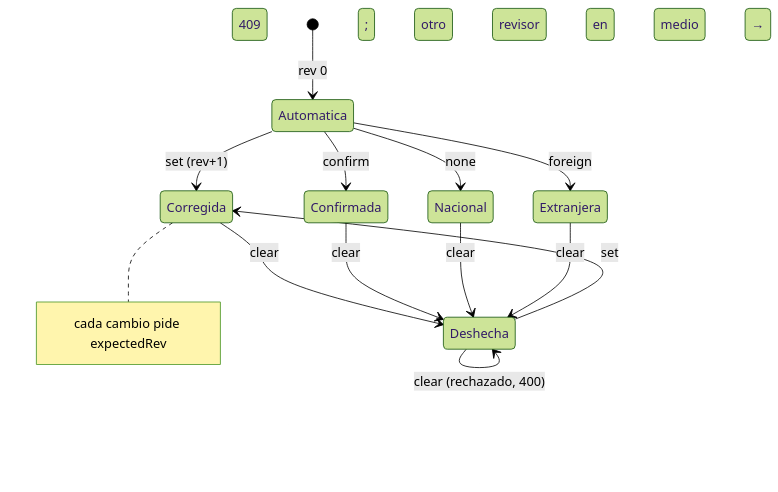
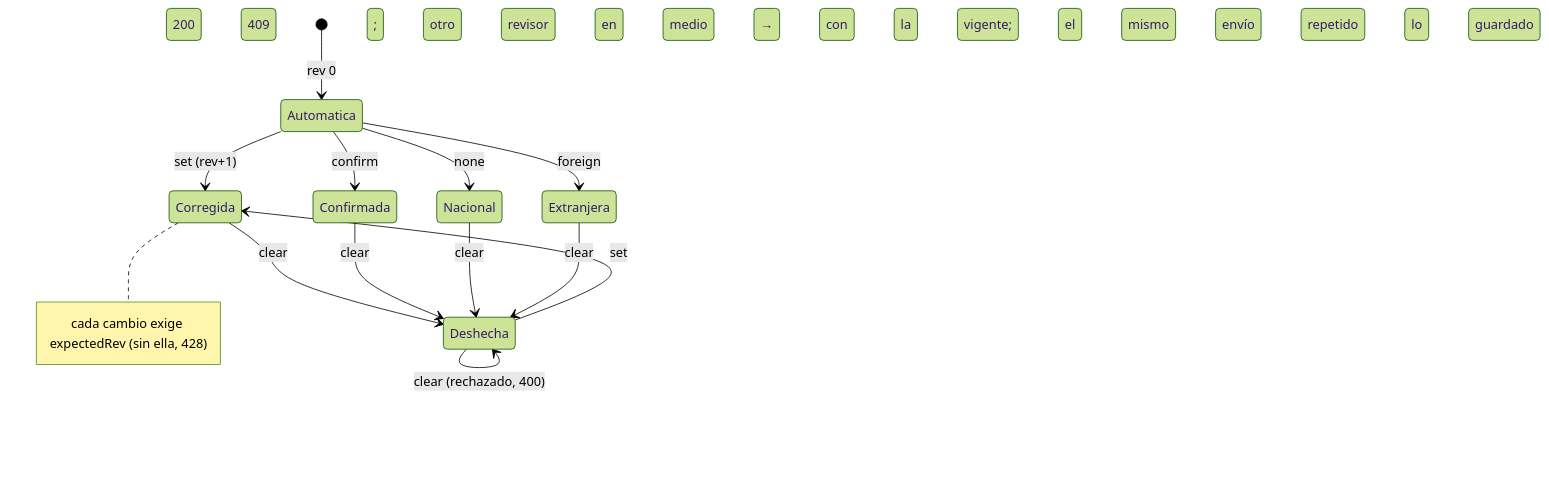
Diagram 16 of 16 in docs/maquinas-de-estado.md (PillB/observatorio-enso-peru), drawn with Mermaid (forest theme) before and after one commit. The commit also changed other lines of this file and 19 other files, not shown here.

````diff
--- a/docs/maquinas-de-estado.md
+++ b/docs/maquinas-de-estado.md
@@ -383,15 +383,15 @@
 ```mermaid
 stateDiagram-v2
   [*] --> Automatica: rev 0
   Automatica --> Corregida: set (rev+1)
   Automatica --> Confirmada: confirm
   Automatica --> Nacional: none
   Automatica --> Extranjera: foreign
   Corregida --> Deshecha: clear
   Confirmada --> Deshecha: clear
   Nacional --> Deshecha: clear
   Extranjera --> Deshecha: clear
   Deshecha --> Corregida: set
   Deshecha --> Deshecha: clear (rechazado, 400)
-  note right of Corregida: cada cambio pide expectedRev; otro revisor en medio → 409
+  note right of Corregida: cada cambio exige expectedRev (sin ella, 428); otro revisor en medio → 409 con la vigente; el mismo envío repetido → 200 con lo guardado
 ```
````
